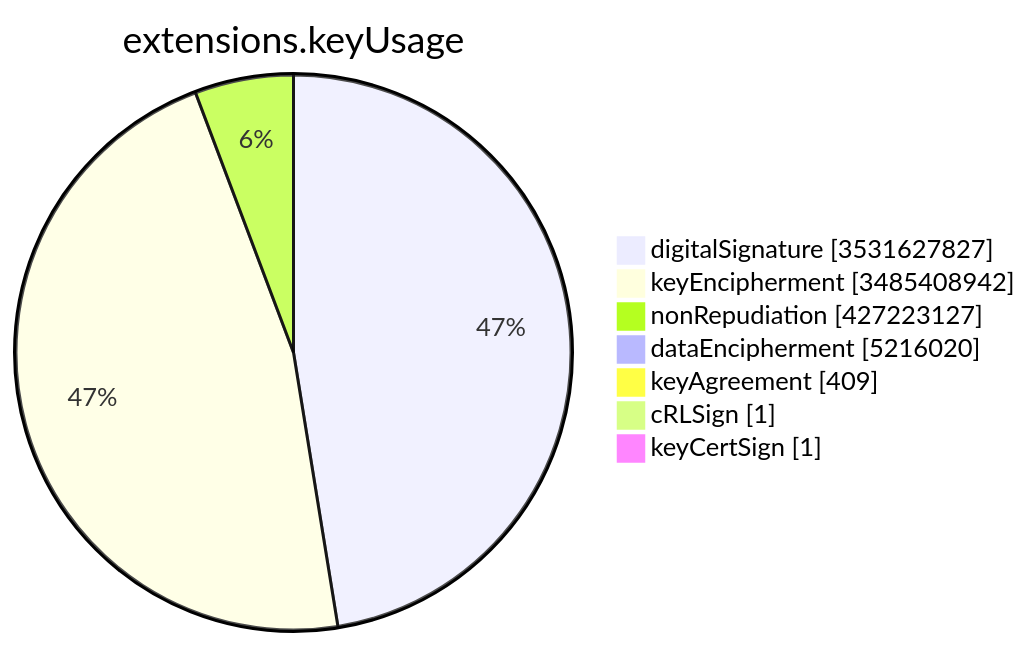
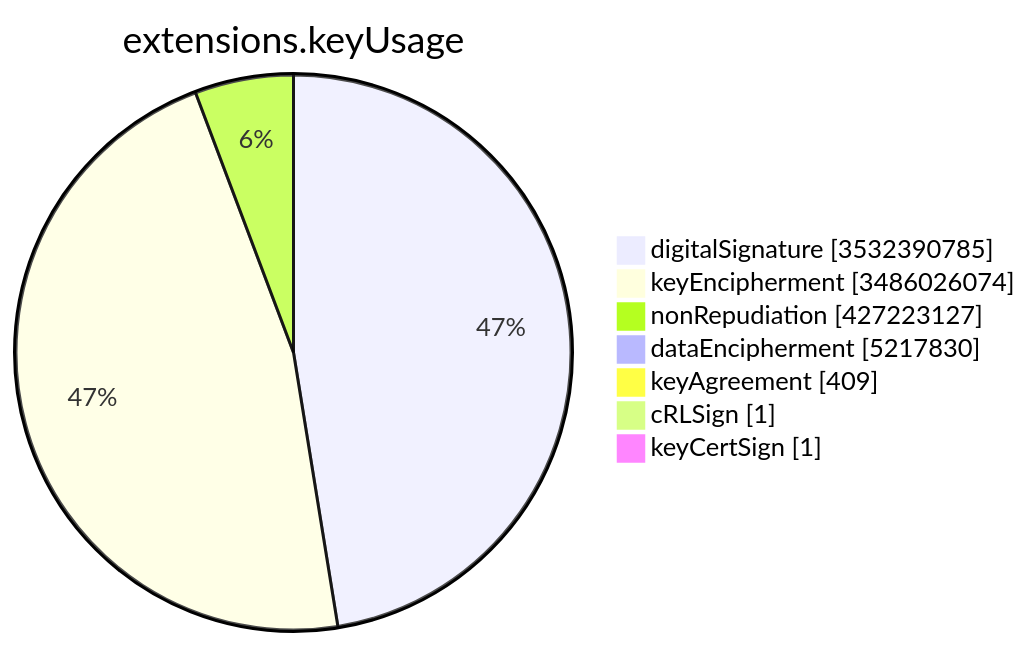
Before and after one commit to christiankrug/ctmonitor_visualization: the sixth of 15 diagrams in TOTAL/README.md, drawn with Mermaid. The commit also changed other lines of this file, not shown here.

````diff
--- a/TOTAL/README.md
+++ b/TOTAL/README.md
@@ -3083,11 +3083,11 @@
 ```mermaid
 pie showData
 title extensions.keyUsage
-"digitalSignature" :3531627827
-"keyEncipherment" :3485408942
+"digitalSignature" :3532390785
+"keyEncipherment" :3486026074
 "nonRepudiation" :427223127
-"dataEncipherment" :5216020
+"dataEncipherment" :5217830
 "keyAgreement" :409
 "cRLSign" :1
 "keyCertSign" :1
 ```
````
